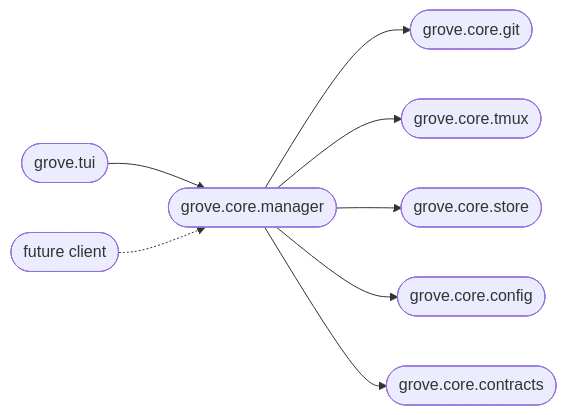
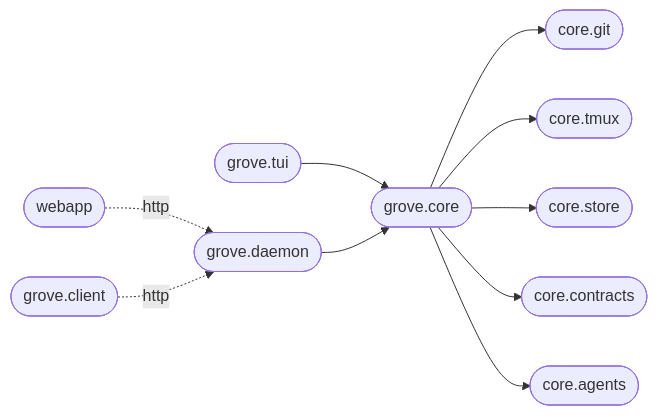
Before and after one commit to bearlike/Grove: the diagram in docs/develop-architecture.md, drawn with Mermaid. The commit also changed other lines of this file and 173 other files, not shown here.

First line of the commit message:
✨ feat(core,daemon,tui,webapp): live agent activity dashboard + agent-agnostic session exploration

````diff
--- a/docs/develop-architecture.md
+++ b/docs/develop-architecture.md
@@ -93,10 +138,12 @@
 ```mermaid
 flowchart LR
-    TUI([grove.tui]) --> Manager([grove.core.manager])
-    Manager --> Git([grove.core.git])
-    Manager --> Tmux([grove.core.tmux])
-    Manager --> Store([grove.core.store])
-    Manager --> Config([grove.core.config])
-    Manager --> Contracts([grove.core.contracts])
-    Future_Client([future client]) -.-> Manager
+    TUI([grove.tui]) --> Core([grove.core])
+    Webapp([webapp]) -.http.-> Daemon([grove.daemon])
+    Daemon --> Core
+    Client([grove.client]) -.http.-> Daemon
+    Core --> Git([core.git])
+    Core --> Tmux([core.tmux])
+    Core --> Store([core.store])
+    Core --> Contracts([core.contracts])
+    Core --> Agents([core.agents])
 ```
````
